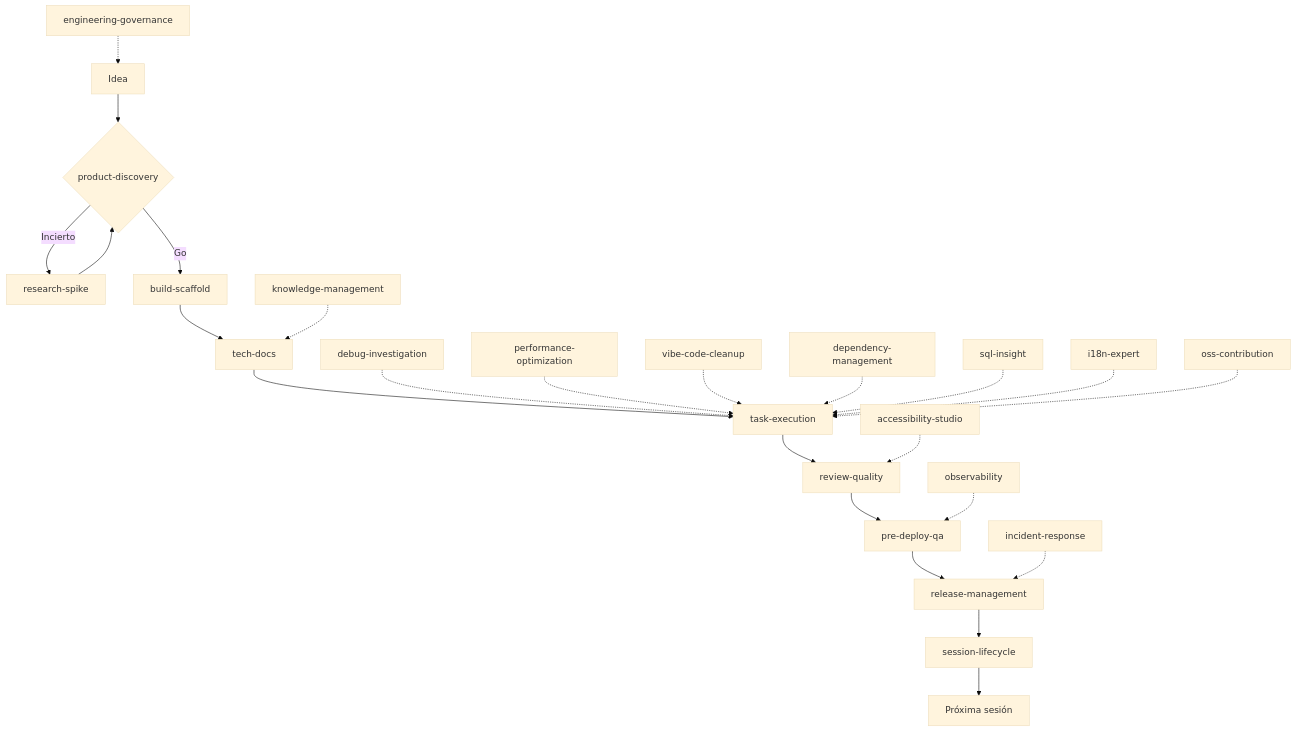
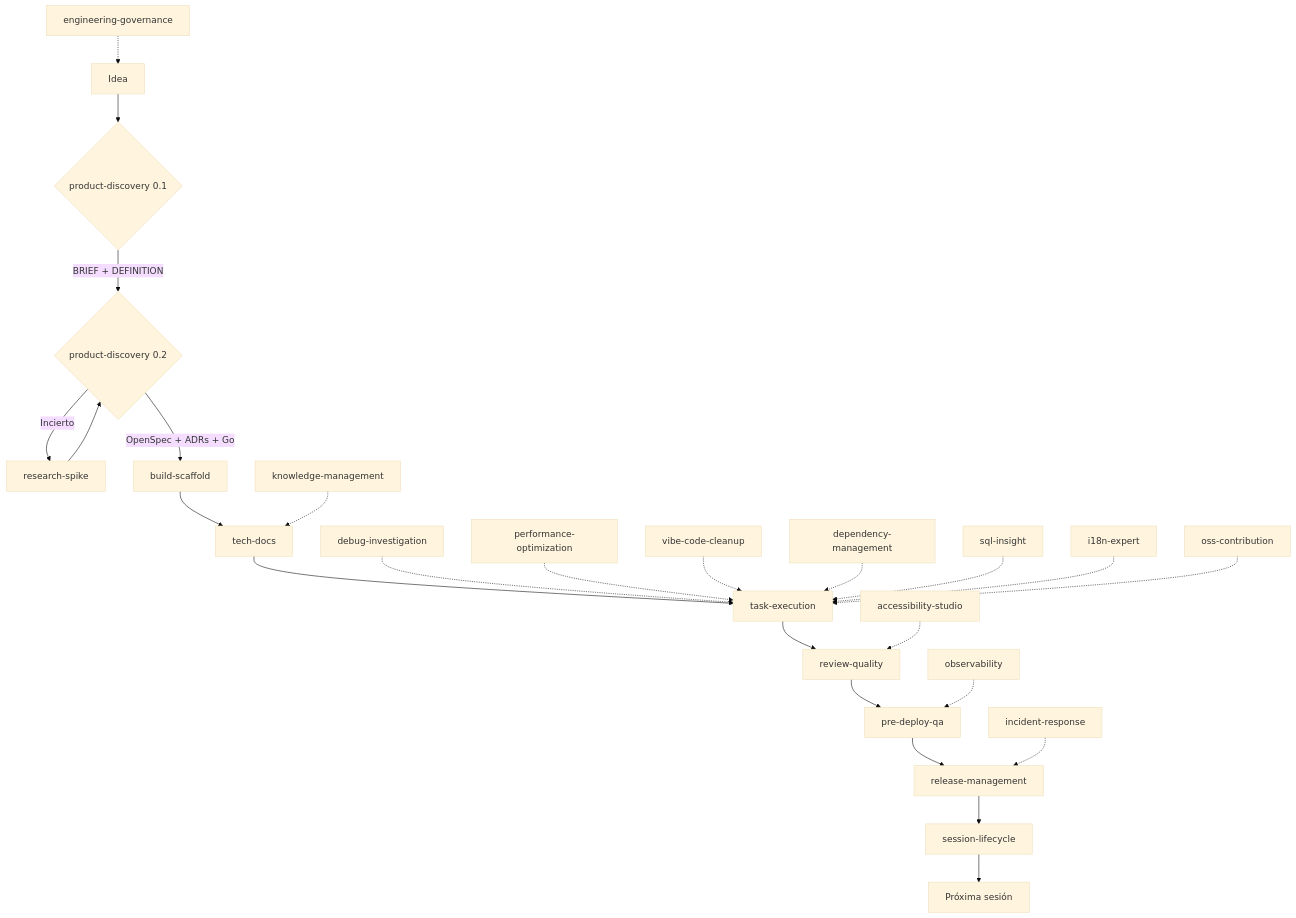
One commit to gonzoblasco/workspace_openclaw changed the diagram in docs/kanam-product-pipeline.md. Above: the diagram before and after it, drawn with Mermaid (base theme). The commit also changed other lines of this file, not shown here.

First line of the commit message:
fix: split product-discovery into 0.1 and 0.2 in pipeline

````diff
--- a/docs/kanam-product-pipeline.md
+++ b/docs/kanam-product-pipeline.md
@@ -57,28 +58,29 @@
 ```mermaid
 graph TD
-    A[Idea] --> B{product-discovery}
-    B -->|Incierto| C[research-spike]
-    C --> B
-    B -->|Go| D[build-scaffold]
+    A[Idea] --> B1{product-discovery 0.1}
+    B1 -->|BRIEF + DEFINITION| B2{product-discovery 0.2}
+    B2 -->|Incierto| C[research-spike]
+    C --> B2
+    B2 -->|OpenSpec + ADRs + Go| D[build-scaffold]
     D --> E[tech-docs]
     E --> F[task-execution]
     F --> G[review-quality]
     G --> H[pre-deploy-qa]
     H --> I[release-management]
     I --> J[session-lifecycle]
     J --> K[Próxima sesión]
 
     %% Transversales
     L[debug-investigation] -.-> F
     M[performance-optimization] -.-> F
     N[vibe-code-cleanup] -.-> F
     O[dependency-management] -.-> F
     P[sql-insight] -.-> F
     Q[i18n-expert] -.-> F
     R[accessibility-studio] -.-> G
     S[observability] -.-> H
     T[incident-response] -.-> I
     U[engineering-governance] -.-> A
     V[knowledge-management] -.-> E
     W[oss-contribution] -.-> F
 ```
````
